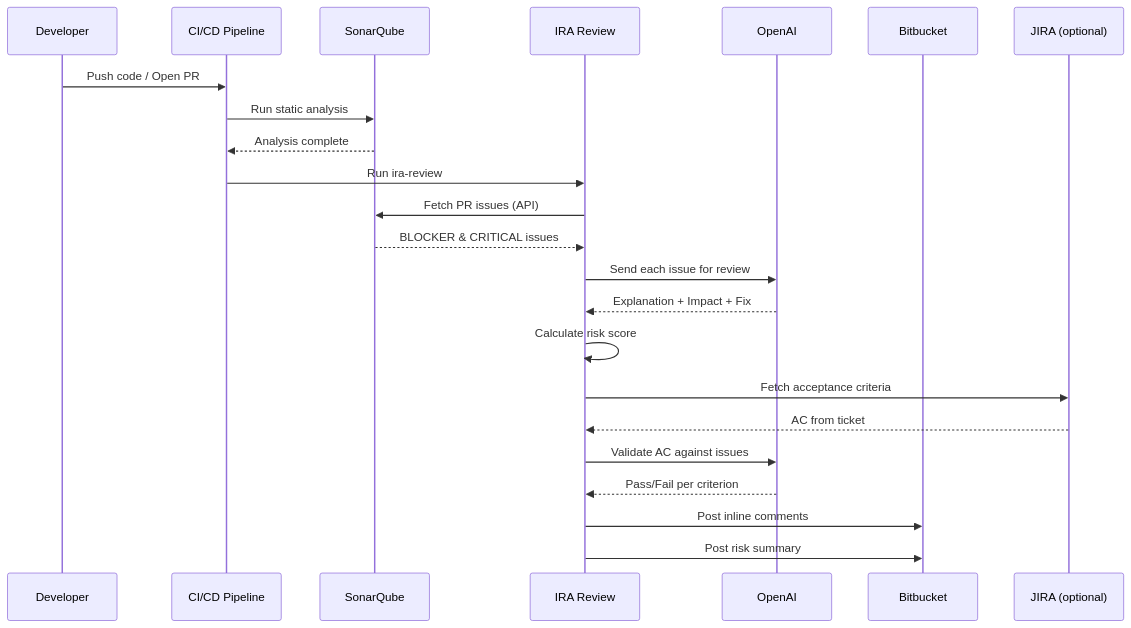
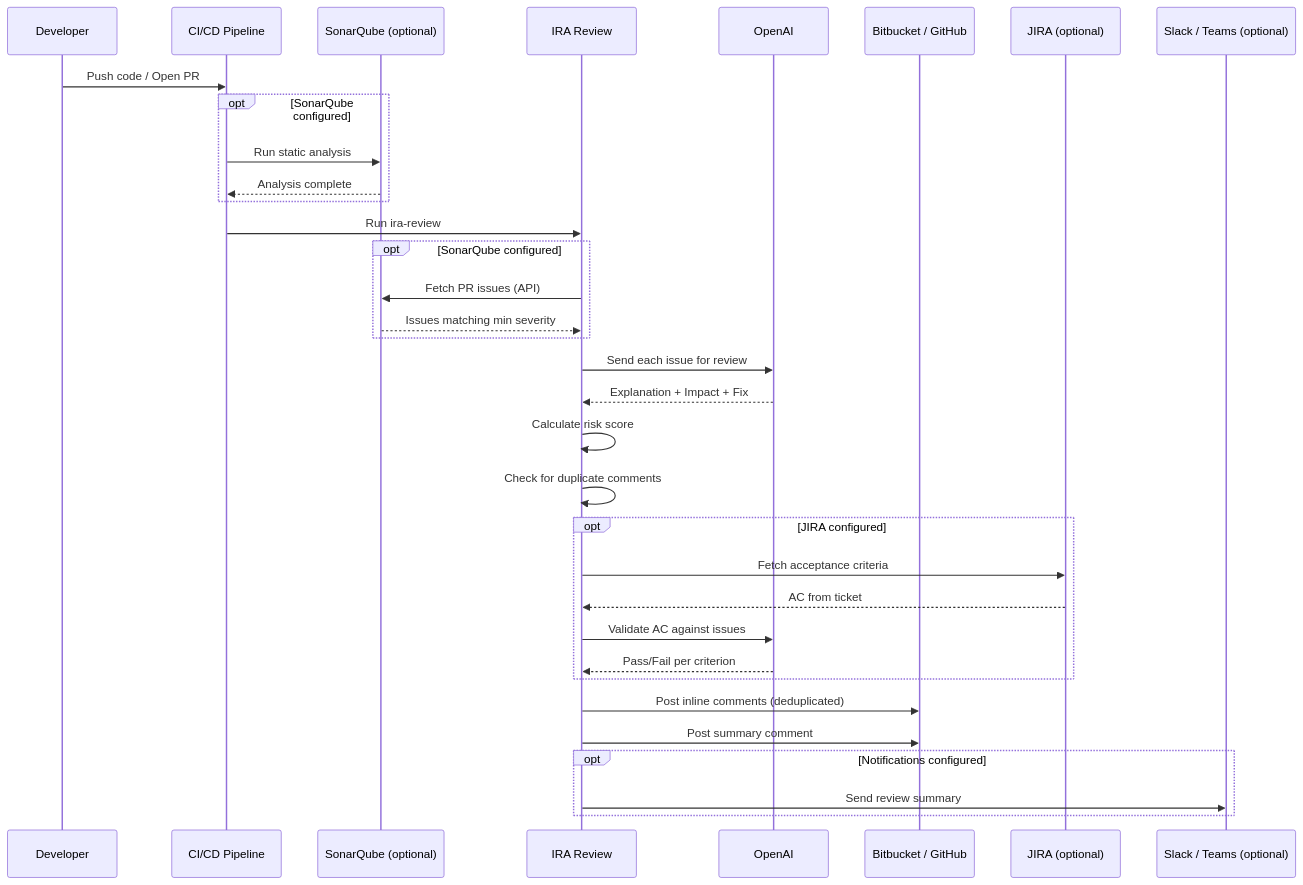
Before and after one commit to patilmayur5572/ira-review: the third of 3 diagrams in README.md, drawn with Mermaid. The commit also changed other lines of this file and 1 other file, not shown here.

````diff
--- a/README.md
+++ b/README.md
@@ -113,26 +131,37 @@
 ```mermaid
 sequenceDiagram
     participant Dev as Developer
     participant CI as CI/CD Pipeline
-    participant Sonar as SonarQube
+    participant Sonar as SonarQube (optional)
     participant IRA as IRA Review
     participant AI as OpenAI
-    participant SCM as Bitbucket
+    participant SCM as Bitbucket / GitHub
     participant JIRA as JIRA (optional)
+    participant Notify as Slack / Teams (optional)
 
     Dev->>CI: Push code / Open PR
-    CI->>Sonar: Run static analysis
-    Sonar-->>CI: Analysis complete
+    opt SonarQube configured
+        CI->>Sonar: Run static analysis
+        Sonar-->>CI: Analysis complete
+    end
     CI->>IRA: Run ira-review
-    IRA->>Sonar: Fetch PR issues (API)
-    Sonar-->>IRA: BLOCKER & CRITICAL issues
+    opt SonarQube configured
+        IRA->>Sonar: Fetch PR issues (API)
+        Sonar-->>IRA: Issues matching min severity
+    end
     IRA->>AI: Send each issue for review
     AI-->>IRA: Explanation + Impact + Fix
     IRA->>IRA: Calculate risk score
-    IRA->>JIRA: Fetch acceptance criteria
-    JIRA-->>IRA: AC from ticket
-    IRA->>AI: Validate AC against issues
-    AI-->>IRA: Pass/Fail per criterion
-    IRA->>SCM: Post inline comments
-    IRA->>SCM: Post risk summary
+    IRA->>IRA: Check for duplicate comments
+    opt JIRA configured
+        IRA->>JIRA: Fetch acceptance criteria
+        JIRA-->>IRA: AC from ticket
+        IRA->>AI: Validate AC against issues
+        AI-->>IRA: Pass/Fail per criterion
+    end
+    IRA->>SCM: Post inline comments (deduplicated)
+    IRA->>SCM: Post summary comment
+    opt Notifications configured
+        IRA->>Notify: Send review summary
+    end
 ```
````
